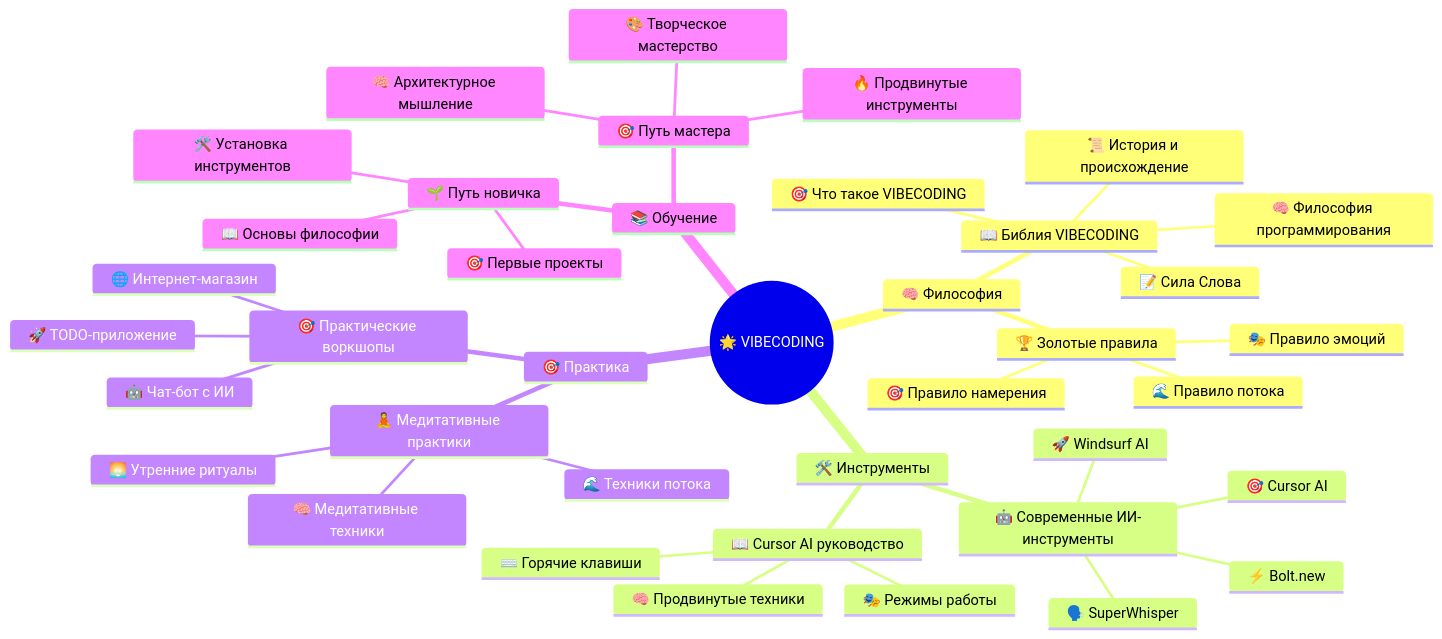
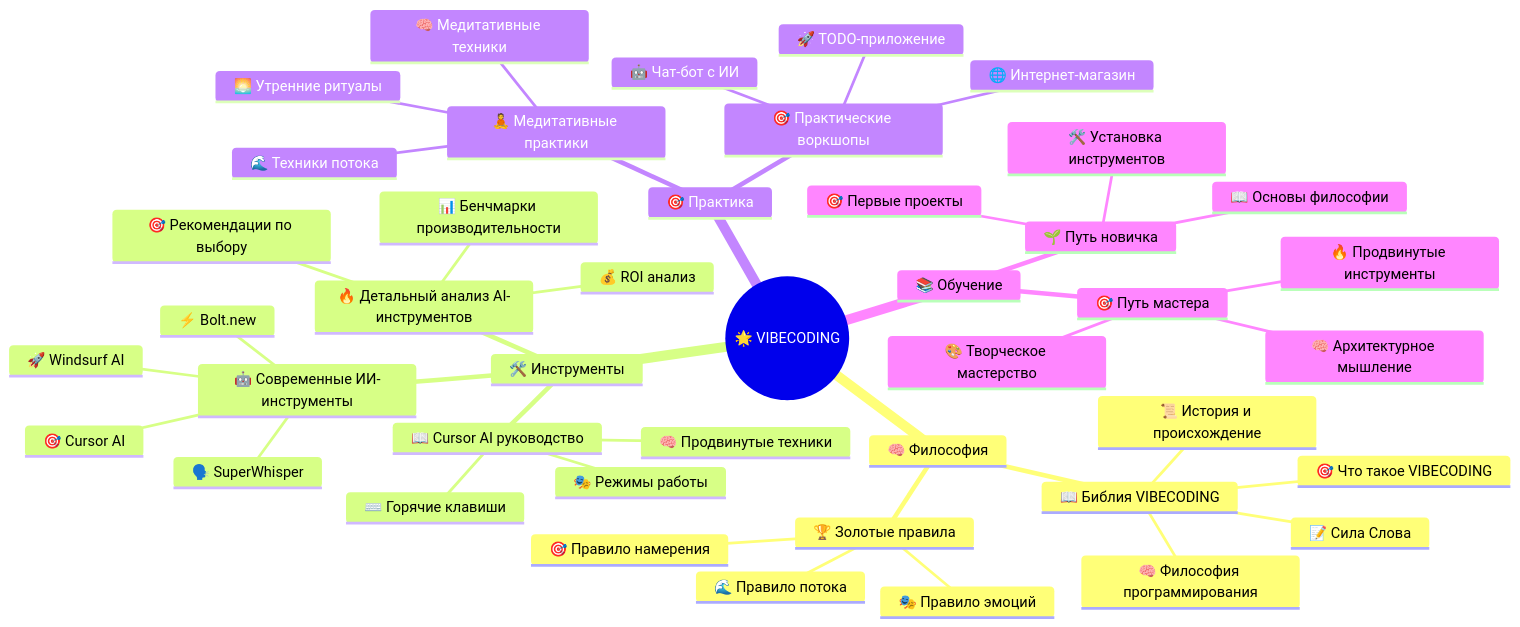
Before and after one commit to gHashTag/999-multibots-telegraf: the first of 7 diagrams in vaults/vibecoding/🗺️ КАРТА ЗНАНИЙ.md, drawn with Mermaid. The commit also changed 6 other files, not shown here.

````diff
--- a/vaults/vibecoding/🗺️ КАРТА ЗНАНИЙ.md
+++ b/vaults/vibecoding/🗺️ КАРТА ЗНАНИЙ.md
@@ -11,42 +11,46 @@
 ```mermaid
 mindmap
   root((🌟 VIBECODING))
     🧠 Философия
       📖 Библия VIBECODING
         🎯 Что такое VIBECODING
         📜 История и происхождение
         🧠 Философия программирования
         📝 Сила Слова
       🏆 Золотые правила
         🎯 Правило намерения
         🌊 Правило потока
         🎭 Правило эмоций
     🛠️ Инструменты
       🤖 Современные ИИ-инструменты
         🚀 Windsurf AI
         🎯 Cursor AI
         ⚡ Bolt.new
         🗣️ SuperWhisper
+      🔥 Детальный анализ AI-инструментов
+        📊 Бенчмарки производительности
+        💰 ROI анализ
+        🎯 Рекомендации по выбору
       📖 Cursor AI руководство
         🎭 Режимы работы
         ⌨️ Горячие клавиши
         🧠 Продвинутые техники
     🎯 Практика
       🧘 Медитативные практики
         🌅 Утренние ритуалы
         🌊 Техники потока
         🧠 Медитативные техники
       🎯 Практические воркшопы
         🚀 TODO-приложение
         🌐 Интернет-магазин
         🤖 Чат-бот с ИИ
     📚 Обучение
       🌱 Путь новичка
         📖 Основы философии
         🛠️ Установка инструментов
         🎯 Первые проекты
       🎯 Путь мастера
         🔥 Продвинутые инструменты
         🧠 Архитектурное мышление
         🎨 Творческое мастерство
 ```
````
